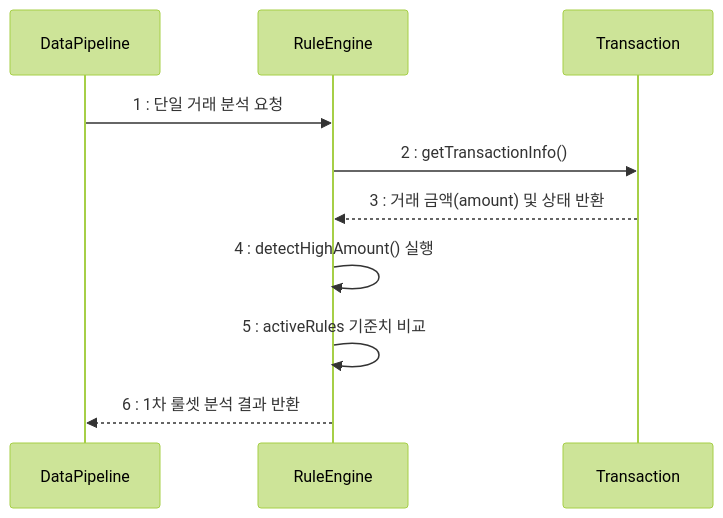
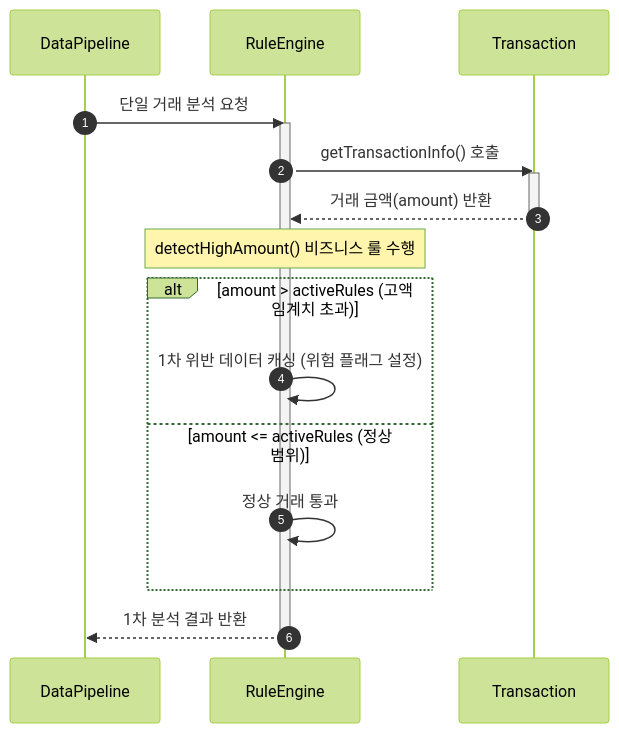
The fourth of 12 diagrams in Design_[22411890_석채연].md (seokchaeyeon/2026_1_OSS), drawn with Mermaid (forest theme) before and after one commit. The commit also changed other lines of this file, not shown here.

````diff
--- a/Design_[22411890_석채연].md
+++ b/Design_[22411890_석채연].md
@@ -183,13 +217,24 @@
 ```mermaid
 sequenceDiagram
+    autonumber
     participant Pipeline as DataPipeline
     participant Rule as RuleEngine
     participant Tx as Transaction
 
-    Pipeline->>Rule: 1 : 단일 거래 분석 요청
-    Rule->>Tx: 2 : getTransactionInfo()
-    Tx-->>Rule: 3 : 거래 금액(amount) 및 상태 반환
-    Rule->>Rule: 4 : detectHighAmount() 실행
-    Rule->>Rule: 5 : activeRules 기준치 비교
-    Rule-->>Pipeline: 6 : 1차 룰셋 분석 결과 반환
+    Pipeline->>Rule: 단일 거래 분석 요청
+    activate Rule
+    Rule->>Tx: getTransactionInfo() 호출
+    activate Tx
+    Tx-->>Rule: 거래 금액(amount) 반환
+    deactivate Tx
+    
+    Note over Rule: detectHighAmount() 비즈니스 룰 수행
+    alt amount > activeRules (고액 임계치 초과)
+        Rule->>Rule: 1차 위반 데이터 캐싱 (위험 플래그 설정)
+    else amount <= activeRules (정상 범위)
+        Rule->>Rule: 정상 거래 통과
+    end
+    
+    Rule-->>Pipeline: 1차 분석 결과 반환
+    deactivate Rule
 ```
````
